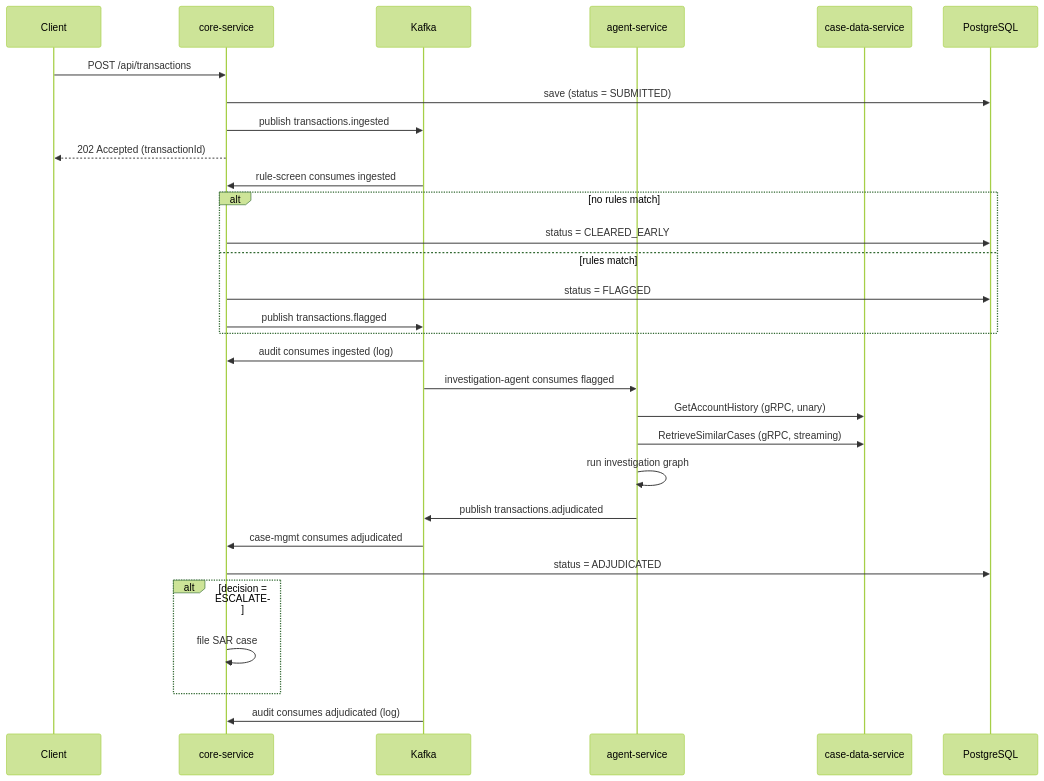
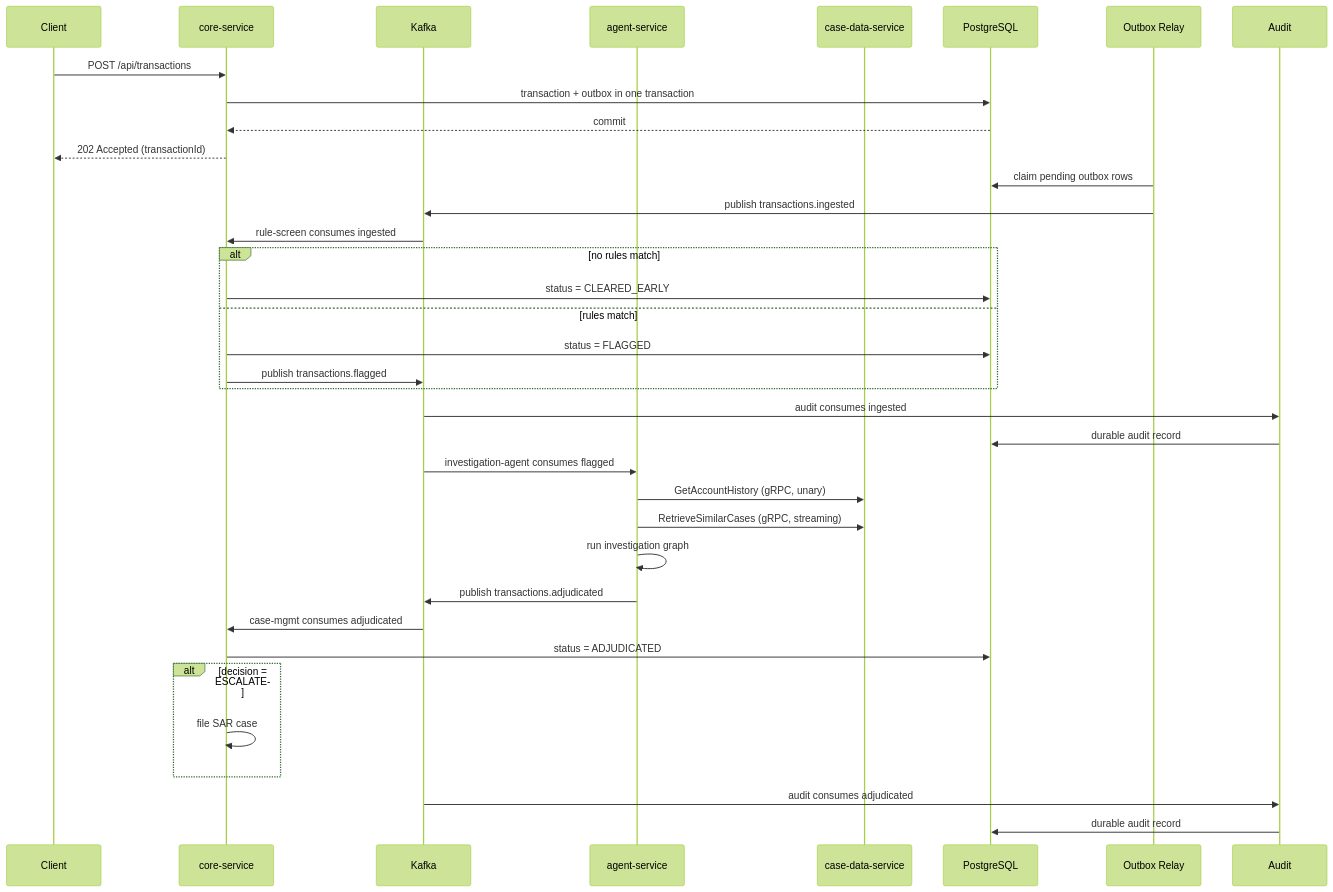
The first of 3 diagrams in docs/ARCHITECTURE.md (ShreyasOpeX/distributed-aml-platform), drawn with Mermaid (forest theme) before and after one commit. The commit also changed other lines of this file, not shown here.

Commit message:
docs: align architecture with current workflow

````diff
--- a/docs/ARCHITECTURE.md
+++ b/docs/ARCHITECTURE.md
@@ -43,36 +43,42 @@
 ```mermaid
 sequenceDiagram
     participant C as Client
     participant Core as core-service
     participant K as Kafka
     participant Agent as agent-service
     participant CD as case-data-service
     participant DB as PostgreSQL
+    participant O as Outbox Relay
 
     C->>Core: POST /api/transactions
-    Core->>DB: save (status = SUBMITTED)
-    Core->>K: publish transactions.ingested
+    Core->>DB: transaction + outbox in one transaction
+    DB-->>Core: commit
     Core-->>C: 202 Accepted (transactionId)
+
+    O->>DB: claim pending outbox rows
+    O->>K: publish transactions.ingested
 
     K->>Core: rule-screen consumes ingested
     alt no rules match
         Core->>DB: status = CLEARED_EARLY
     else rules match
         Core->>DB: status = FLAGGED
         Core->>K: publish transactions.flagged
     end
-    K->>Core: audit consumes ingested (log)
+    K->>Audit: audit consumes ingested
+    Audit->>DB: durable audit record
 
     K->>Agent: investigation-agent consumes flagged
     Agent->>CD: GetAccountHistory (gRPC, unary)
     Agent->>CD: RetrieveSimilarCases (gRPC, streaming)
     Agent->>Agent: run investigation graph
     Agent->>K: publish transactions.adjudicated
 
     K->>Core: case-mgmt consumes adjudicated
     Core->>DB: status = ADJUDICATED
     alt decision = ESCALATE
         Core->>Core: file SAR case
     end
-    K->>Core: audit consumes adjudicated (log)
+    K->>Audit: audit consumes adjudicated
+    Audit->>DB: durable audit record
 ```
````
